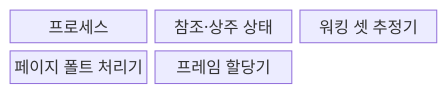
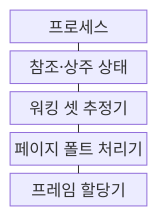
The first of 2 diagrams in src/content/docs/notes/03-software/016_working_set_page_fault.md (agnusdei1207/knowledge-base), drawn with Mermaid before and after one commit. The commit also changed other lines of this file and 20 other files, not shown here.

````diff
--- a/src/content/docs/notes/03-software/016_working_set_page_fault.md
+++ b/src/content/docs/notes/03-software/016_working_set_page_fault.md
@@ -64,9 +63,13 @@
 ```mermaid
-block-beta
-  columns 3
-  P["프로세스"]
-  R["참조·상주 상태"]
-  W["워킹 셋 추정기"]
-  H["페이지 폴트 처리기"]
-  F["프레임 할당기"]
+block
+    columns 1
+    P["프로세스"]
+    R["참조·상주 상태"]
+    W["워킹 셋 추정기"]
+    H["페이지 폴트 처리기"]
+    F["프레임 할당기"]
+    P --- R
+    R --- W
+    W --- H
+    H --- F
 ```
````
